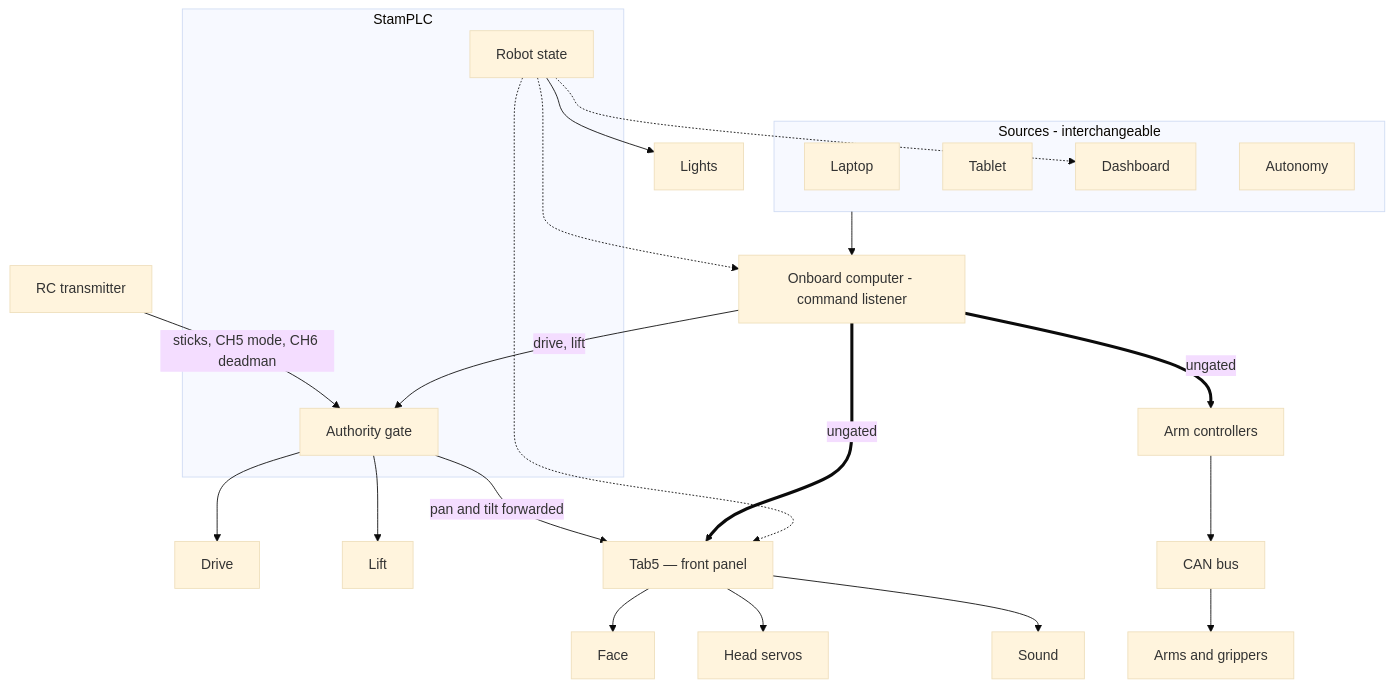
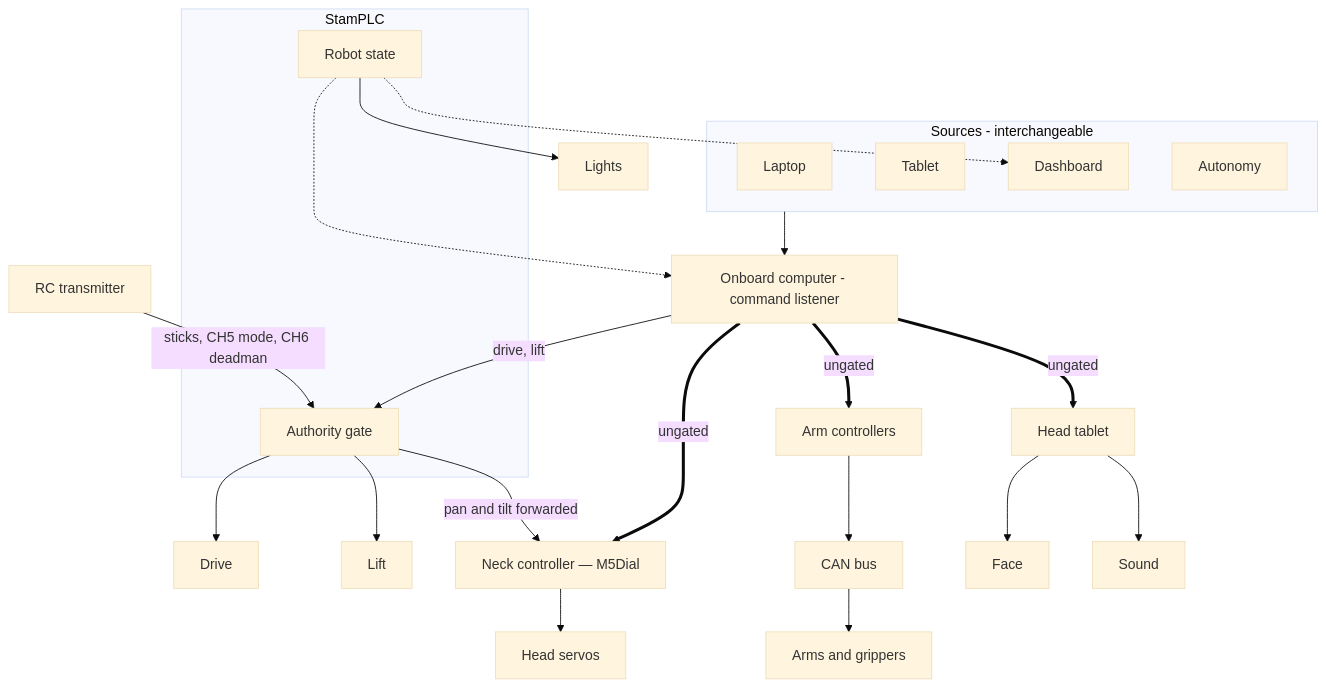
One commit to UW-Allen-School-Robotics/opendubs changed the diagram in docs/interfaces/command-telemetry.md. Above: the diagram before and after it, drawn with Mermaid (base theme). The commit also changed other lines of this file and 10 other files, not shown here.

First line of the commit message:
docs: the head is a tablet on an M5Dial neck — operator and safety text

````diff
--- a/docs/interfaces/command-telemetry.md
+++ b/docs/interfaces/command-telemetry.md
@@ -16,37 +16,37 @@
 ```mermaid
 flowchart TB
   subgraph SRC["Sources - interchangeable"]
     L["Laptop"]
     TB["Tablet"]
     DB["Dashboard"]
     AG["Autonomy"]
   end
 
   SRC --> THOR["Onboard computer - command listener"]
 
   RC["RC transmitter"] -->|"sticks, CH5 mode, CH6 deadman"| AUTH
 
   subgraph PLC["StamPLC"]
     AUTH["Authority gate"]
     ST["Robot state"]
   end
 
   THOR -->|"drive, lift"| AUTH
   AUTH --> DRIVE["Drive"]
   AUTH --> LIFT["Lift"]
-  AUTH -->|"pan and tilt forwarded"| TAB5
+  AUTH -->|"pan and tilt forwarded"| NECK
   ST --> LIGHT["Lights"]
 
-  THOR ==>|"ungated"| TAB5["Tab5 — front panel"]
+  THOR ==>|"ungated"| NECK["Neck controller — M5Dial"]
+  THOR ==>|"ungated"| TABLET["Head tablet"]
   THOR ==>|"ungated"| ARMCTL["Arm controllers"]
   ARMCTL --> CAN["CAN bus"]
   CAN --> ARMS["Arms and grippers"]
 
-  TAB5 --> FACE["Face"]
-  TAB5 --> HEAD["Head servos"]
-  TAB5 --> SOUND["Sound"]
+  NECK --> HEAD["Head servos"]
+  TABLET --> FACE["Face"]
+  TABLET --> SOUND["Sound"]
 
-  ST -.-> TAB5
   ST -.-> THOR
   ST -.-> DB
 ```
````
